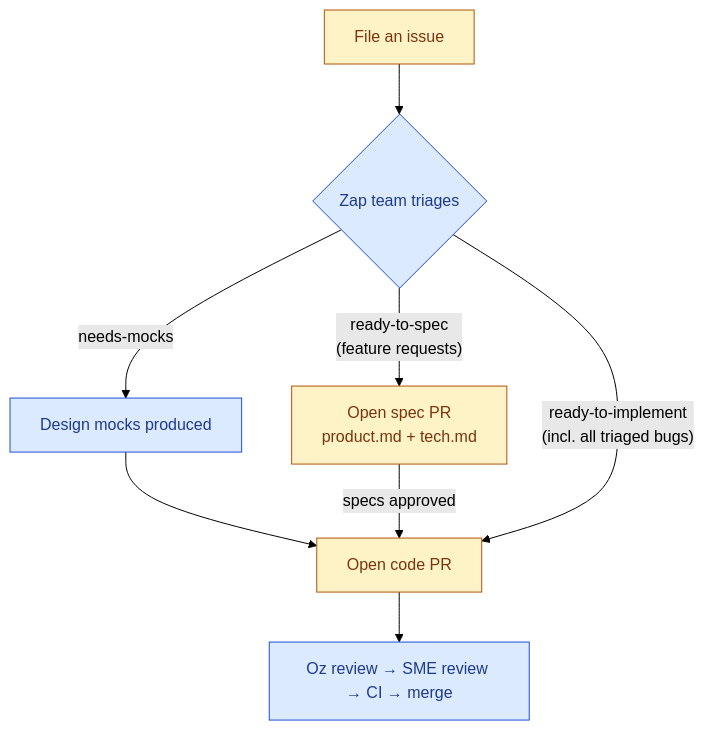
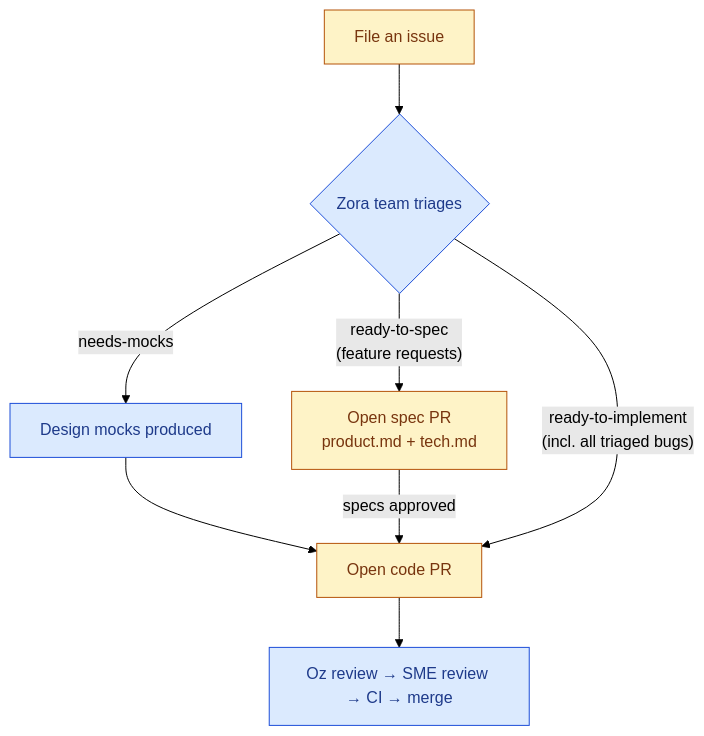
One commit to Y-ASLant/Zora changed the diagram in CONTRIBUTING.md. Above: the diagram before and after it, drawn with Mermaid (forest theme). The commit also changed other lines of this file and 510 other files, not shown here.

First line of the commit message:
chore: 将项目名称从 Zap 重命名为 Zora

````diff
--- a/CONTRIBUTING.md
+++ b/CONTRIBUTING.md
@@ -37,15 +37,15 @@
 ```mermaid
 flowchart TD
-    A[File an issue] --> B{Zap team triages}
+    A[File an issue] --> B{Zora team triages}
     B -- ready-to-spec<br/>(feature requests) --> C[Open spec PR<br/>product.md + tech.md]
     B -- needs-mocks --> D[Design mocks produced]
     D --> E[Open code PR]
     C -- specs approved --> E
     B -- ready-to-implement<br/>(incl. all triaged bugs) --> E
     E --> F[Oz review → SME review → CI → merge]
 
     classDef contributor fill:#fef3c7,stroke:#b45309,color:#78350f;
     classDef warpTeam fill:#dbeafe,stroke:#1d4ed8,color:#1e3a8a;
     class A,C,E contributor;
     class B,D,F warpTeam;
 ```
````
